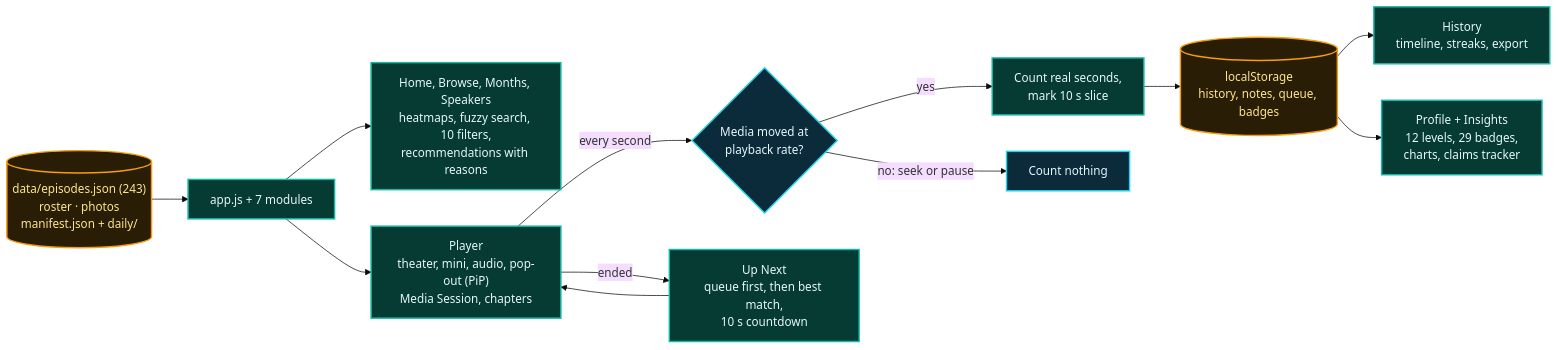
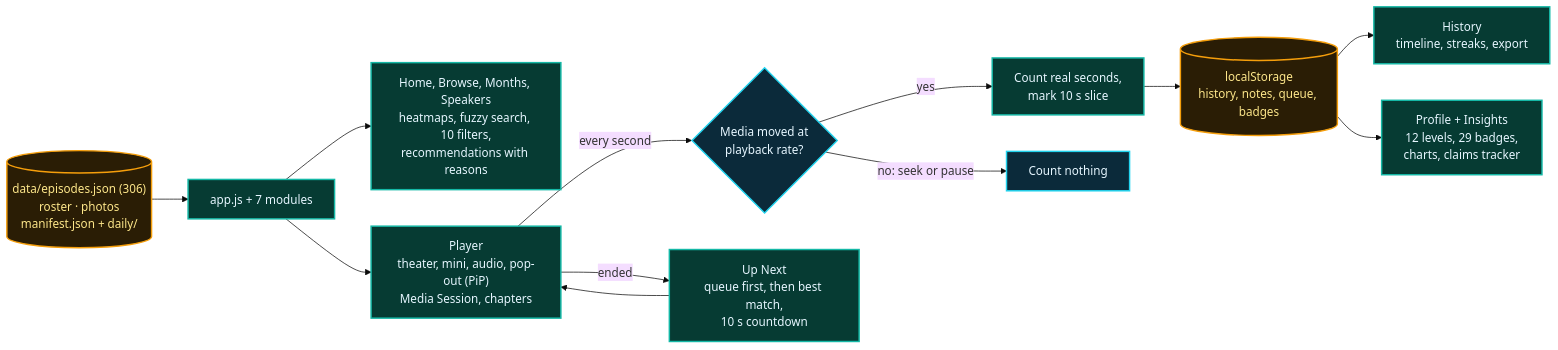
Before and after one commit to lo3elyon/ASI: the eighth of 12 diagrams in README.md, drawn with Mermaid (base theme). The commit also changed other lines of this file, not shown here.

Commit message:
ASI hub: update README.md for the AI Safety Full Episodes library expansion (306 episodes)

````diff
--- a/README.md
+++ b/README.md
@@ -556,20 +556,20 @@
 ```mermaid
 flowchart LR
-    D[("data/episodes.json (243)<br/>roster · photos<br/>manifest.json + daily/")] --> APP["app.js + 7 modules"]
+    D[("data/episodes.json (306)<br/>roster · photos<br/>manifest.json + daily/")] --> APP["app.js + 7 modules"]
     APP --> LIB["Home, Browse, Months, Speakers<br/>heatmaps, fuzzy search, 10 filters,<br/>recommendations with reasons"]
     APP --> PLY["Player<br/>theater, mini, audio, pop-out (PiP)<br/>Media Session, chapters"]
     PLY -->|"every second"| CLK{"Media moved at<br/>playback rate?"}
     CLK -->|"yes"| W["Count real seconds,<br/>mark 10 s slice"]
     CLK -->|"no: seek or pause"| X["Count nothing"]
     W --> LS[("localStorage<br/>history, notes, queue, badges")]
     LS --> HIS["History<br/>timeline, streaks, export"]
     LS --> PRO["Profile + Insights<br/>12 levels, 29 badges,<br/>charts, claims tracker"]
     PLY -->|"ended"| UP["Up Next<br/>queue first, then best match,<br/>10 s countdown"]
     UP --> PLY
     classDef d fill:#2a1d05,stroke:#f59e0b,stroke-width:2px,color:#fde68a
     classDef a fill:#063b33,stroke:#14b8a6,stroke-width:2px,color:#e6f6ff
     classDef q fill:#0b2a3a,stroke:#22d3ee,stroke-width:2px,color:#e6f6ff
     class D,LS d
     class APP,LIB,PLY,W,HIS,PRO,UP a
     class CLK,X q
 ```
````
